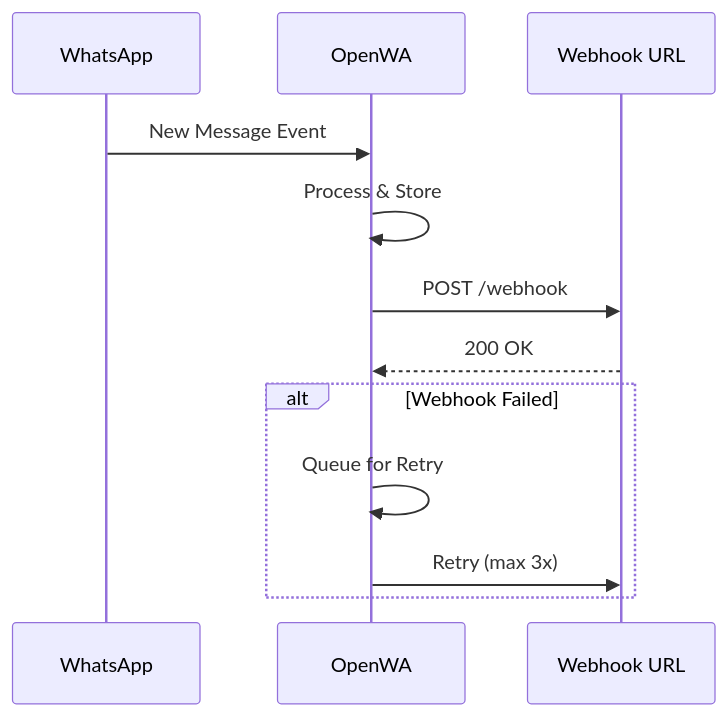
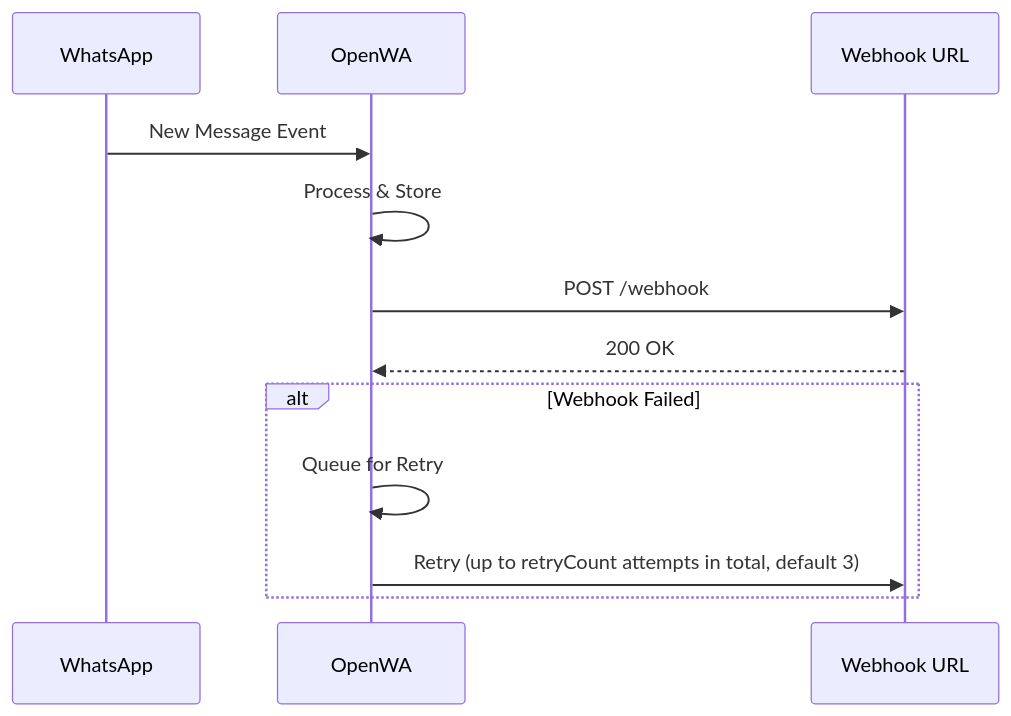
The third of 13 diagrams in docs/02-requirements-specification.md (nourayman21k/OpenWA), drawn with Mermaid before and after one commit. The commit also changed other lines of this file and 12 other files, not shown here.

````diff
--- a/docs/02-requirements-specification.md
+++ b/docs/02-requirements-specification.md
@@ -82,16 +82,16 @@
 ```mermaid
 sequenceDiagram
     participant WA as WhatsApp
     participant OW as OpenWA
     participant WH as Webhook URL
     
     WA->>OW: New Message Event
     OW->>OW: Process & Store
     OW->>WH: POST /webhook
     WH-->>OW: 200 OK
     
     alt Webhook Failed
         OW->>OW: Queue for Retry
-        OW->>WH: Retry (max 3x)
+        OW->>WH: Retry (up to retryCount attempts in total, default 3)
     end
 ```
````
